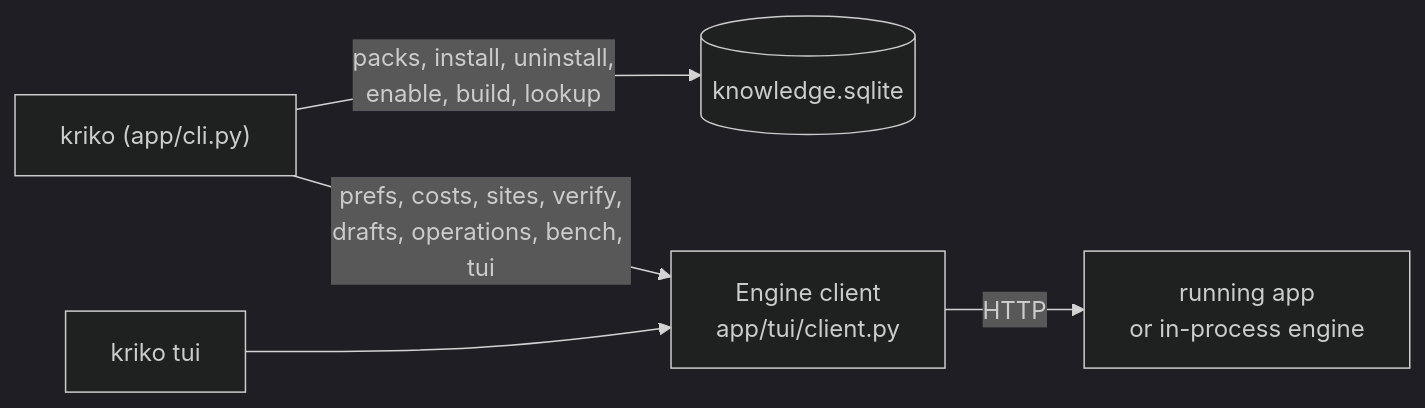
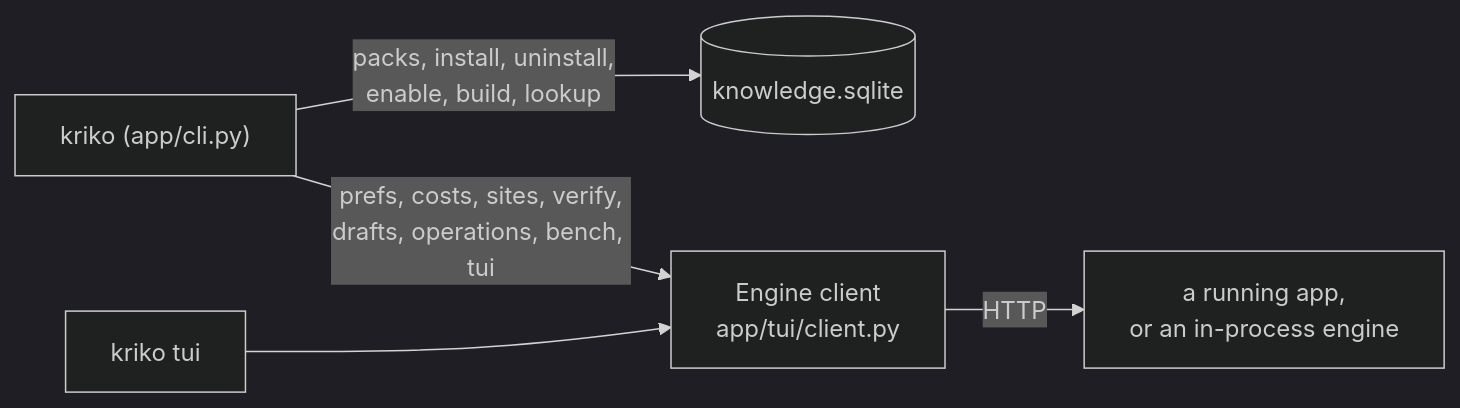
Before and after one commit to Berbadov/kriko: the third of 4 diagrams in docs/INTERNALS.md, drawn with Mermaid (dark theme). The commit also changed other lines of this file and 15 other files, not shown here.

````diff
--- a/docs/INTERNALS.md
+++ b/docs/INTERNALS.md
@@ -129,7 +138,7 @@
 ```mermaid
 flowchart LR
     CLI["kriko (app/cli.py)"] -->|"packs, install, uninstall,<br/>enable, build, lookup"| ST[("knowledge.sqlite")]
     CLI -->|"prefs, costs, sites, verify,<br/>drafts, operations, bench, tui"| ENG["Engine client<br/>app/tui/client.py"]
     TUI["kriko tui"] --> ENG
-    ENG -->|HTTP| WEB["running app<br/>or in-process engine"]
+    ENG -->|HTTP| WEB["a running app,<br/>or an in-process engine"]
 ```
````
